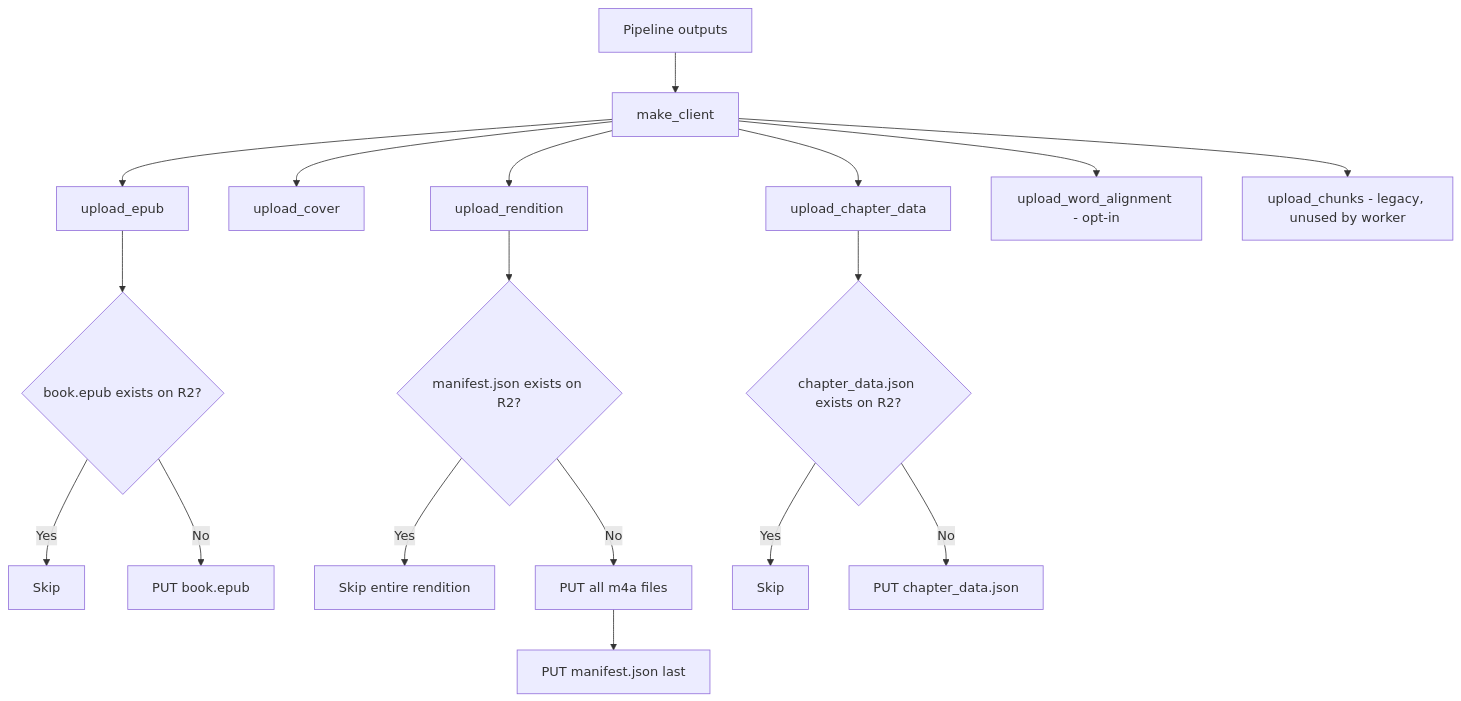
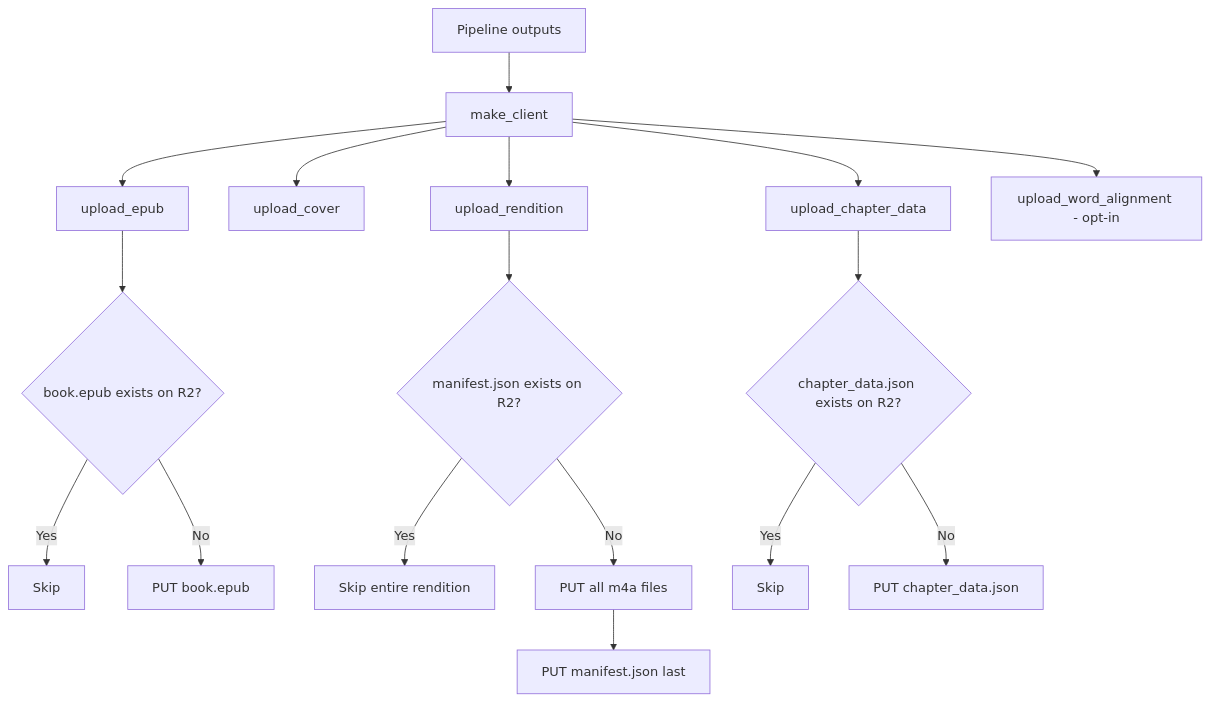
One commit to jkoeh/openshelf changed the diagram in pipeline/docs/step6-r2.md. Above: the diagram before and after it, drawn with Mermaid. The commit also changed other lines of this file and 18 other files, not shown here.

````diff
--- a/pipeline/docs/step6-r2.md
+++ b/pipeline/docs/step6-r2.md
@@ -10,23 +10,22 @@
 ```mermaid
 graph TD
     A[Pipeline outputs] --> B[make_client]
     B --> C[upload_epub]
     B --> D[upload_cover]
     B --> E[upload_rendition]
     B --> F[upload_chapter_data]
     B --> G[upload_word_alignment - opt-in]
-    B --> H[upload_chunks - legacy, unused by worker]
 
     C --> C1{book.epub exists on R2?}
     C1 -->|Yes| C2[Skip]
     C1 -->|No| C3[PUT book.epub]
 
     E --> E1{manifest.json exists on R2?}
     E1 -->|Yes| E2[Skip entire rendition]
     E1 -->|No| E3[PUT all m4a files]
     E3 --> E4[PUT manifest.json last]
 
     F --> F1{chapter_data.json exists on R2?}
     F1 -->|Yes| F2[Skip]
     F1 -->|No| F3[PUT chapter_data.json]
 ```
````
